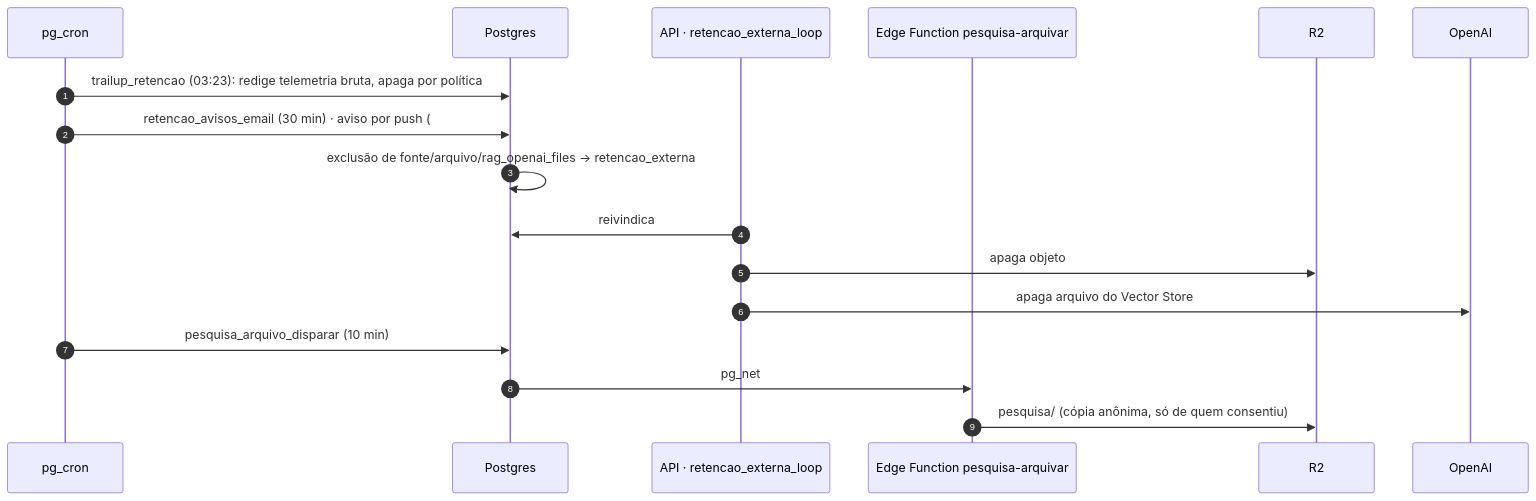
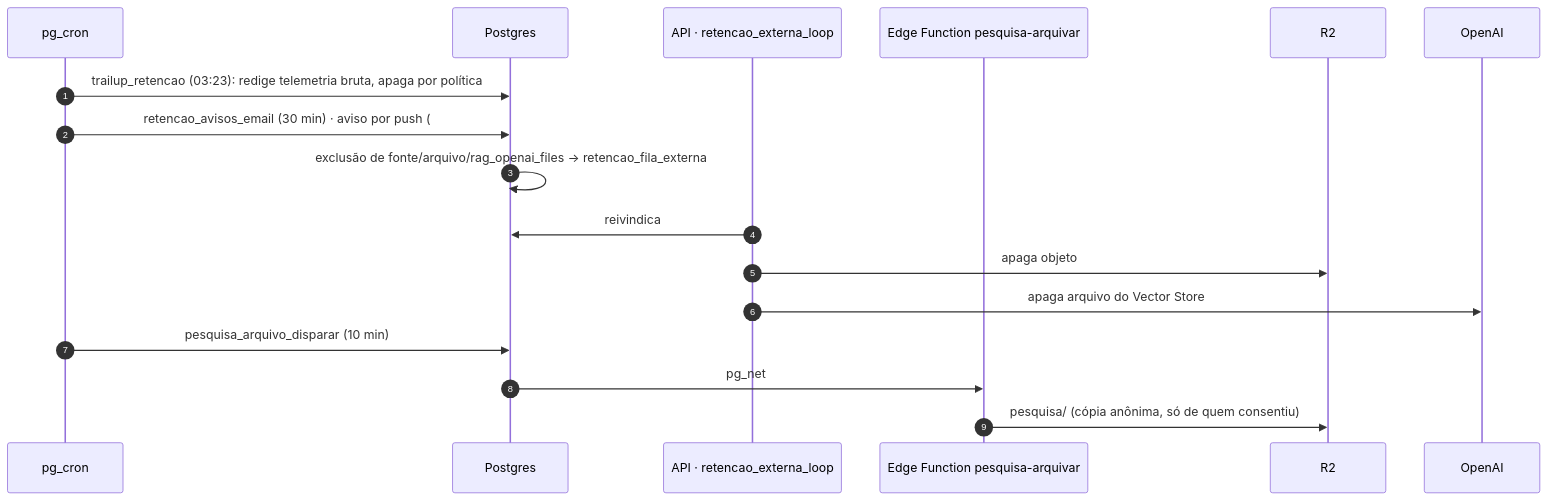
Before and after one commit to Geisbelly/TrailUp: diagram 13 of 20 in docs/tcc/modelagem/03-pipeline-ponta-a-ponta.md, drawn with Mermaid. The commit also changed other lines of this file and 69 other files, not shown here.

````diff
--- a/docs/tcc/modelagem/03-pipeline-ponta-a-ponta.md
+++ b/docs/tcc/modelagem/03-pipeline-ponta-a-ponta.md
@@ -309,20 +327,20 @@
 ```mermaid
 sequenceDiagram
   autonumber
   participant CRON as pg_cron
   participant DB as Postgres
   participant W as API · retencao_externa_loop
   participant EF as Edge Function pesquisa-arquivar
   participant R2 as R2
   participant OAI as OpenAI
 
   CRON->>DB: trailup_retencao (03:23): redige telemetria bruta, apaga por política
   CRON->>DB: retencao_avisos_email (30 min) · aviso por push (#937)
-  DB->>DB: exclusão de fonte/arquivo/rag_openai_files → retencao_externa
+  DB->>DB: exclusão de fonte/arquivo/rag_openai_files → retencao_fila_externa
   W->>DB: reivindica
   W->>R2: apaga objeto
   W->>OAI: apaga arquivo do Vector Store
   CRON->>DB: pesquisa_arquivo_disparar (10 min)
   DB->>EF: pg_net
   EF->>R2: pesquisa/ (cópia anônima, só de quem consentiu)
 ```
````
